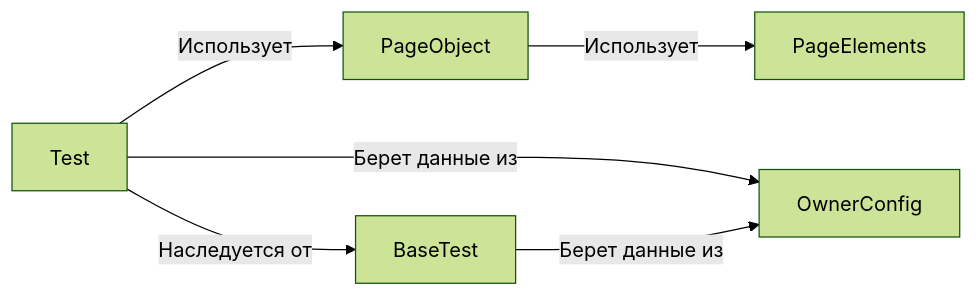
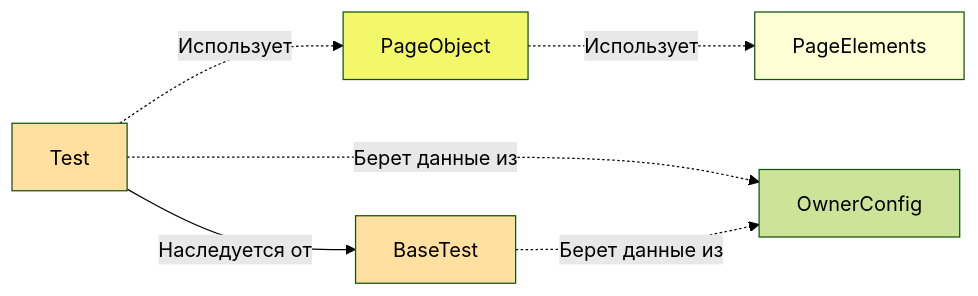
Before and after one commit to NikitaDanshin415/PikabuTests: the diagram in README.md, drawn with Mermaid (forest theme). The commit also changed other lines of this file, not shown here.

````diff
--- a/README.md
+++ b/README.md
@@ -74,8 +72,12 @@
 ```mermaid
-graph LR
-A[Test] --Использует--> B[PageObject]
-B --Использует--> C[PageElements]
-A --Берет данные из--> D[OwnerConfig]
-A --Наследуется от--> E[BaseTest]
-E --Берет данные из--> D
+flowchart LR
+    classDef class1 fill:#ffe0a1
+    classDef class2 fill:#f3f76a
+    classDef class3 fill:#feffd4
+    
+	A[Test]:::class1 -.Использует.-> B[PageObject]:::class2
+	B -.Использует.-> C[PageElements]:::class3
+	A -.Берет данные из.-> D[OwnerConfig]
+	A --Наследуется от--> E[BaseTest]:::class1
+	E -.Берет данные из.-> D
 ```
````
